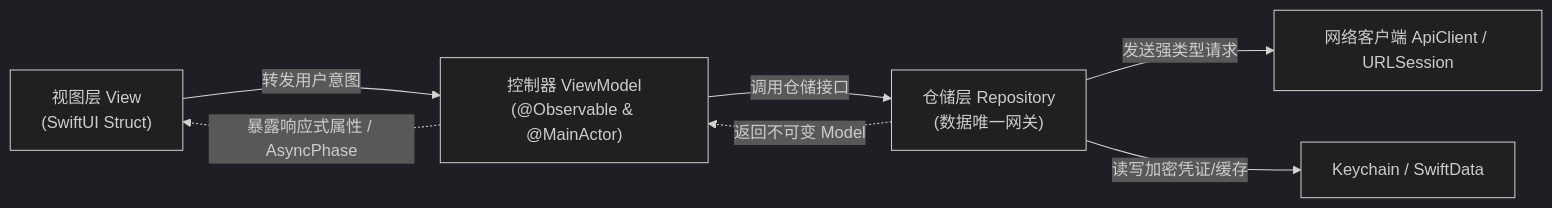
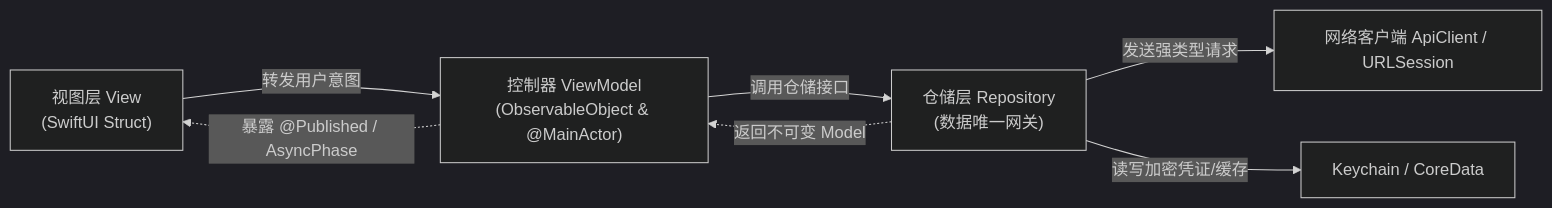
The diagram in 3. App/3.2 iOS/AI_RULES/development/ARCHITECTURE.md (Grandboy1024/gb-project-guidelines), drawn with Mermaid (dark theme) before and after one commit. The commit also changed other lines of this file and 9 other files, not shown here.

````diff
--- a/3. App/3.2 iOS/AI_RULES/development/ARCHITECTURE.md
+++ b/3. App/3.2 iOS/AI_RULES/development/ARCHITECTURE.md
@@ -13,9 +13,9 @@
 ```mermaid
 flowchart LR
-    View["视图层 View<br/>(SwiftUI Struct)"] -->|"转发用户意图"| VM["控制器 ViewModel<br/>(@Observable & @MainActor)"]
+    View["视图层 View<br/>(SwiftUI Struct)"] -->|"转发用户意图"| VM["控制器 ViewModel<br/>(ObservableObject & @MainActor)"]
     VM -->|"调用仓储接口"| Repo["仓储层 Repository<br/>(数据唯一网关)"]
     Repo -->|"发送强类型请求"| Api["网络客户端 ApiClient / URLSession"]
-    Repo -->|"读写加密凭证/缓存"| Storage["Keychain / SwiftData"]
+    Repo -->|"读写加密凭证/缓存"| Storage["Keychain / CoreData"]
     Repo -.->|"返回不可变 Model"| VM
-    VM -.->|"暴露响应式属性 / AsyncPhase"| View
+    VM -.->|"暴露 @Published / AsyncPhase"| View
 ```
````
